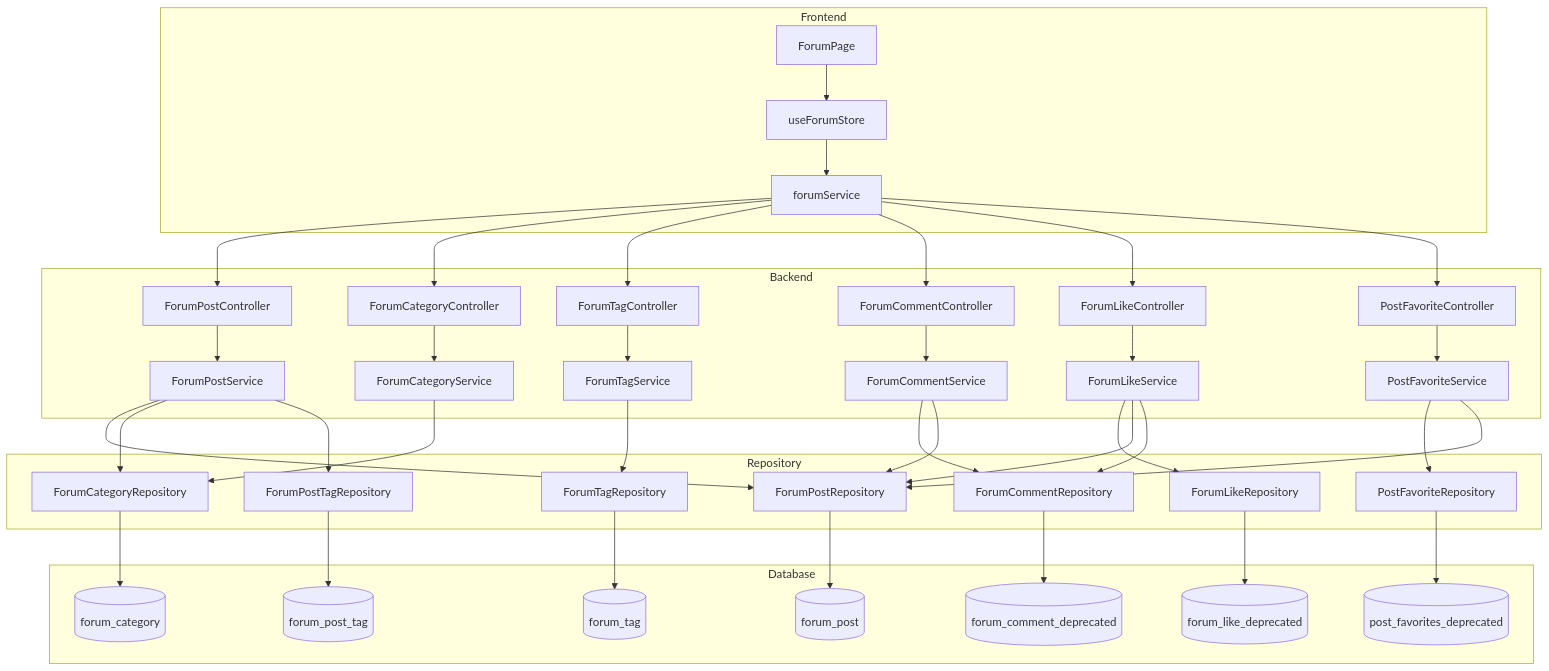
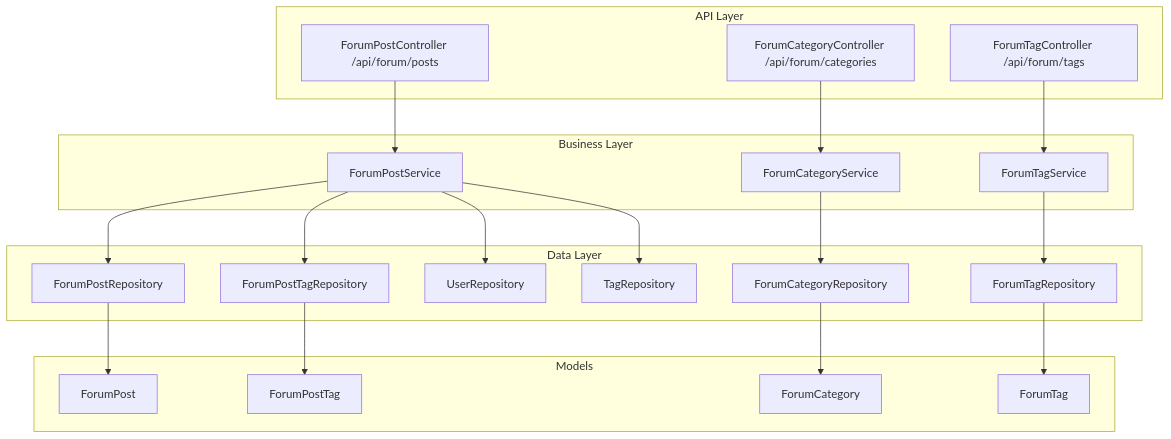
One commit to mambo-wang/CodingHub changed the first of 3 diagrams in repowiki/论坛社区.md. Above: the diagram before and after it, drawn with Mermaid. The commit also changed other lines of this file and 24 other files, not shown here.

````diff
--- a/repowiki/论坛社区.md
+++ b/repowiki/论坛社区.md
@@ -27,64 +9,31 @@
 ```mermaid
 graph TD
-    subgraph Frontend
-        A[ForumPage] --> B[useForumStore]
-        B --> C[forumService]
+    subgraph API Layer
+        A[ForumPostController /api/forum/posts]
+        B[ForumCategoryController /api/forum/categories]
+        C[ForumTagController /api/forum/tags]
     end
-
-    subgraph Backend
-        D[ForumPostController] --> E[ForumPostService]
-        F[ForumCategoryController] --> G[ForumCategoryService]
-        H[ForumTagController] --> I[ForumTagService]
-        J[ForumCommentController] --> K[ForumCommentService]
-        L[ForumLikeController] --> M[ForumLikeService]
-        N[PostFavoriteController] --> O[PostFavoriteService]
+    subgraph Business Layer
+        A --> D[ForumPostService]
+        B --> E[ForumCategoryService]
+        C --> F[ForumTagService]
     end
-
-    subgraph Repository
-        P[ForumPostRepository]
-        Q[ForumCategoryRepository]
-        R[ForumTagRepository]
-        S[ForumCommentRepository]
-        T[ForumLikeRepository]
-        U[ForumPostTagRepository]
-        V[PostFavoriteRepository]
+    subgraph Data Layer
+        D --> H[ForumPostRepository]
+        D --> I[ForumPostTagRepository]
+        D --> J[UserRepository]
+        D --> K[TagRepository]
+        E --> L[ForumCategoryRepository]
+        F --> M[ForumTagRepository]
     end
-
-    subgraph Database
-        W[(forum_post)]
-        X[(forum_category)]
-        Y[(forum_tag)]
-        Z[(forum_post_tag)]
-        AA[(forum_comment_deprecated)]
-        AB[(forum_like_deprecated)]
-        AC[(post_favorites_deprecated)]
+    subgraph Models
+        N[ForumPost]
+        O[ForumCategory]
+        P[ForumTag]
+        Q[ForumPostTag]
     end
-
-    C --> D
-    C --> F
-    C --> H
-    C --> J
-    C --> L
-    C --> N
-
-    E --> P
-    E --> Q
-    E --> U
-    G --> Q
-    I --> R
-    K --> S
-    K --> P
-    M --> T
+    H --> N
+    I --> Q
+    L --> O
     M --> P
-    M --> S
-    O --> V
-    O --> P
-
-    P --> W
-    Q --> X
-    R --> Y
-    U --> Z
-    S --> AA
-    T --> AB
-    V --> AC
 ```
````
